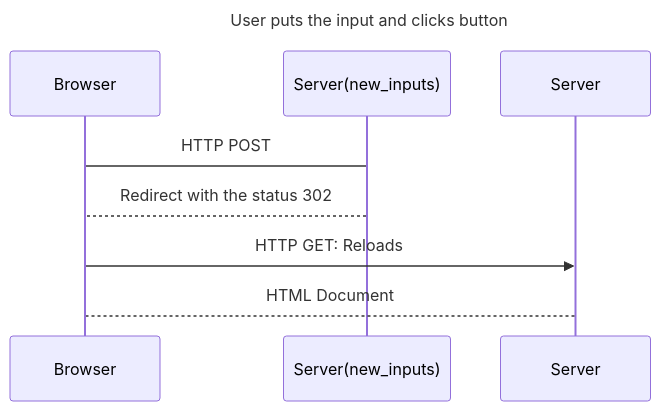
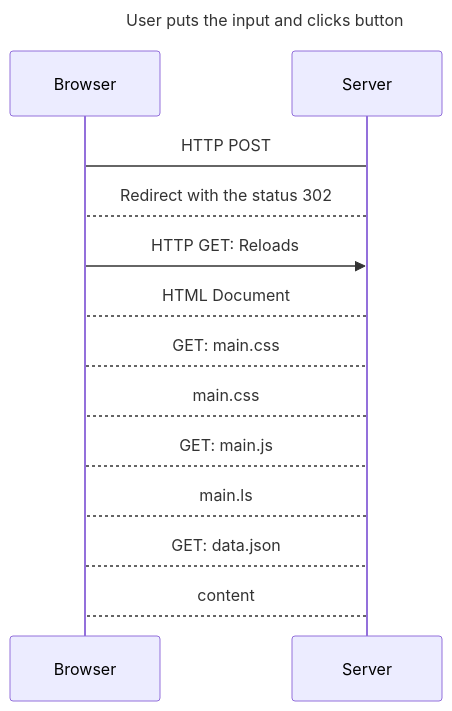
Before and after one commit to hiwina/fullstackopen: the diagram in part0/0.4: New note diagram/sequenceDiagram.md, drawn with Mermaid.

Commit message:
Update sequence diagram

````diff
--- a/part0/0.4: New note diagram/sequenceDiagram.md
+++ b/part0/0.4: New note diagram/sequenceDiagram.md
@@ -4,9 +4,16 @@
 ```mermaid
 sequenceDiagram;
 Title: User puts the input and clicks button 
 
-Browser->Server(new_inputs): HTTP POST
-Server(new_inputs)-->Browser: Redirect with the status 302
+Browser->Server: HTTP POST
+Server-->Browser: Redirect with the status 302
 Browser->>Server: HTTP GET: Reloads
 Server-->Browser: HTML Document
+Browser-->Server: GET: main.css
+Server-->Browser: main.css
+Browser-->Server: GET: main.js
+Server-->Browser: main.ls
+Browser-->Server: GET: data.json
+Server-->Browser: content
+
 ```
````
